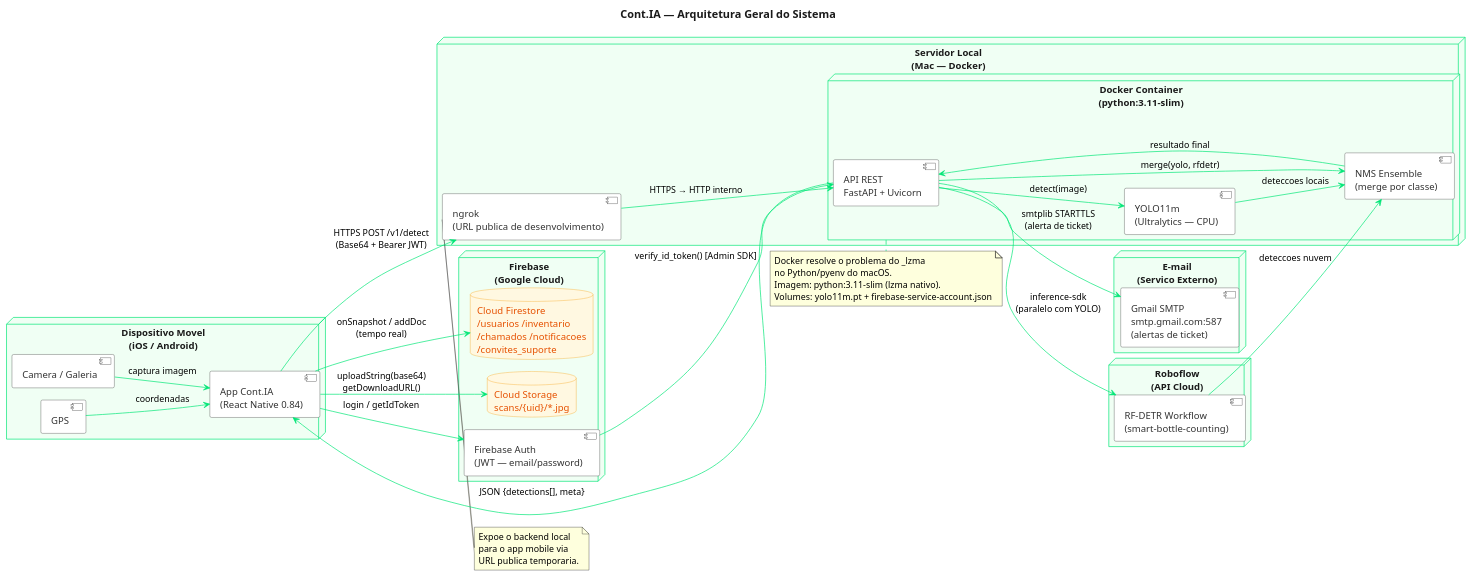
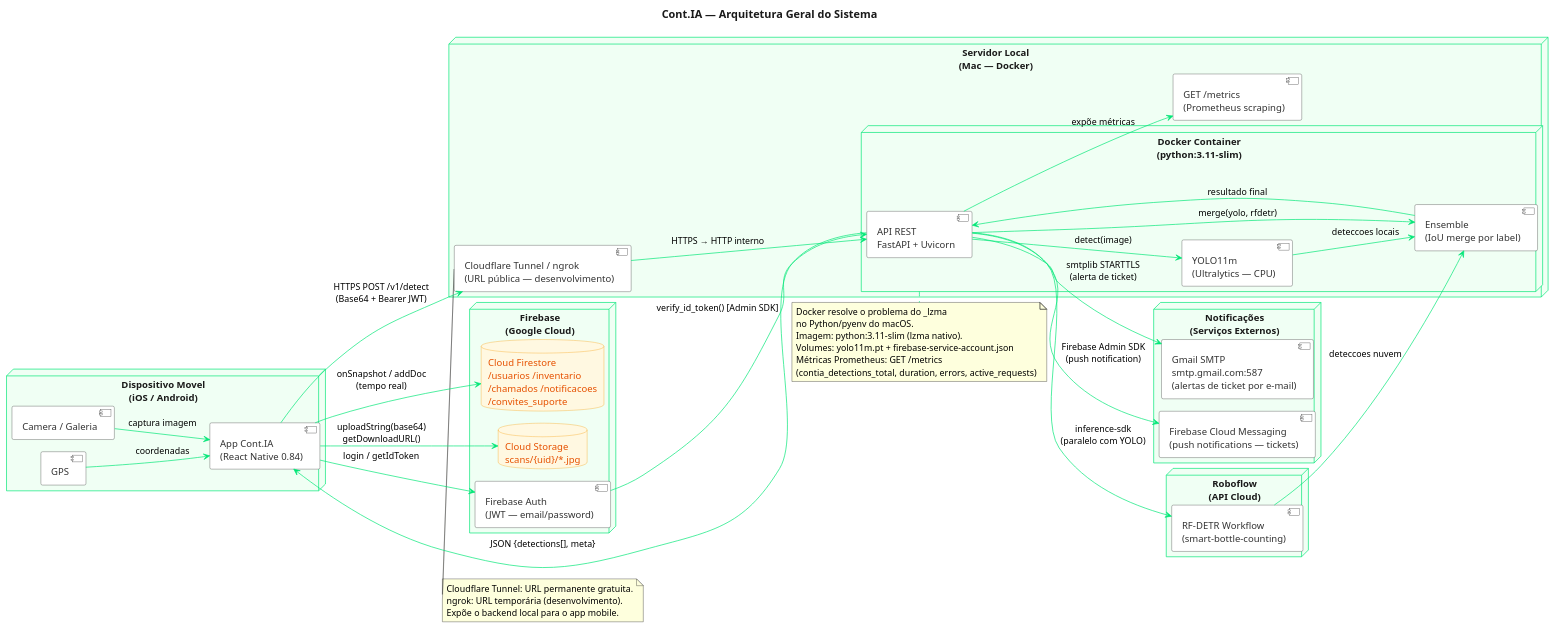
Before and after one commit to JuBertoldo/cont-ia: the diagram in docs/diagramas/07_arquitetura.puml, drawn with PlantUML. The commit also changed 6 other files, not shown here.

First line of the commit message:
docs(diagramas): atualizar 7 diagramas para refletir estado real do código

```diff
--- a/docs/diagramas/07_arquitetura.puml
+++ b/docs/diagramas/07_arquitetura.puml
@@ -1,100 +1,106 @@
 @startuml 07_arquitetura
 !pragma layout smetana
 title Cont.IA — Arquitetura Geral do Sistema
 
 skinparam backgroundColor #FFFFFF
 skinparam nodeBackgroundColor #F0FFF4
 skinparam nodeBorderColor #00E676
 skinparam nodeFontColor #1A1A1A
 skinparam componentBackgroundColor #FFFFFF
 skinparam componentBorderColor #333333
 skinparam componentFontColor #333333
 skinparam arrowColor #00E676
 skinparam titleFontColor #1A1A1A
 skinparam titleFontSize 16
 skinparam databaseBackgroundColor #FFF8E1
 skinparam databaseBorderColor #F59E0B
 skinparam databaseFontColor #E65100
 
 left to right direction
 
 ' ── App Mobile ───────────────────────────────────────────────────────────────
 
 node "Dispositivo Movel\n(iOS / Android)" as MOBILE {
     component "App Cont.IA\n(React Native 0.84)" as APP
     component "Camera / Galeria" as CAM
     component "GPS" as GPS
     CAM --> APP : captura imagem
     GPS --> APP : coordenadas
 }
 
 ' ── Infraestrutura do Backend ────────────────────────────────────────────────
 
 node "Servidor Local\n(Mac — Docker)" as SERVER {
 
     node "Docker Container\n(python:3.11-slim)" as DOCKER {
         component "API REST\nFastAPI + Uvicorn" as API
         component "YOLO11m\n(Ultralytics — CPU)" as YOLO
-        component "NMS Ensemble\n(merge por classe)" as NMS
+        component "Ensemble\n(IoU merge por label)" as NMS
 
         API --> YOLO : detect(image)
         API --> NMS : merge(yolo, rfdetr)
         YOLO --> NMS : deteccoes locais
     }
 
-    component "ngrok\n(URL publica de desenvolvimento)" as TUNNEL
+    component "Cloudflare Tunnel / ngrok\n(URL pública — desenvolvimento)" as TUNNEL
+    component "GET /metrics\n(Prometheus scraping)" as METRICS
     TUNNEL --> API : HTTPS → HTTP interno
+    API --> METRICS : expõe métricas
 }
 
 ' ── Servicos de Notificacao (externos, acionados pelo backend) ───────────────
 
-node "E-mail\n(Servico Externo)" as NOTIF {
-    component "Gmail SMTP\nsmtp.gmail.com:587\n(alertas de ticket)" as GMAIL
+node "Notificações\n(Serviços Externos)" as NOTIF {
+    component "Gmail SMTP\nsmtp.gmail.com:587\n(alertas de ticket por e-mail)" as GMAIL
+    component "Firebase Cloud Messaging\n(push notifications — tickets)" as FCM_PUSH
 }
 
 ' ── Roboflow (API externa) ───────────────────────────────────────────────────
 
 node "Roboflow\n(API Cloud)" as ROBOFLOW {
     component "RF-DETR Workflow\n(smart-bottle-counting)" as RFDETR
 }
 
 ' ── Firebase (Google Cloud) ──────────────────────────────────────────────────
 
 node "Firebase\n(Google Cloud)" as FIREBASE {
     database "Cloud Firestore\n/usuarios /inventario\n/chamados /notificacoes\n/convites_suporte" as FS
     database "Cloud Storage\nscans/{uid}/*.jpg" as STORAGE
     component "Firebase Auth\n(JWT — email/password)" as AUTH
 }
 
 ' ── Conexoes ─────────────────────────────────────────────────────────────────
 
 APP --> TUNNEL : HTTPS POST /v1/detect\n(Base64 + Bearer JWT)
 API --> RFDETR : inference-sdk\n(paralelo com YOLO)
 RFDETR --> NMS : deteccoes nuvem
 NMS --> API : resultado final
 API --> APP : JSON {detections[], meta}
 
 APP --> AUTH : login / getIdToken
 AUTH --> API : verify_id_token() [Admin SDK]
 
 API --> GMAIL : smtplib STARTTLS\n(alerta de ticket)
+API --> FCM_PUSH : Firebase Admin SDK\n(push notification)
 
 APP --> FS : onSnapshot / addDoc\n(tempo real)
 APP --> STORAGE : uploadString(base64)\ngetDownloadURL()
 
 ' ── Nota ─────────────────────────────────────────────────────────────────────
 
 note bottom of DOCKER
   Docker resolve o problema do _lzma
   no Python/pyenv do macOS.
   Imagem: python:3.11-slim (lzma nativo).
   Volumes: yolo11m.pt + firebase-service-account.json
+  Métricas Prometheus: GET /metrics
+  (contia_detections_total, duration, errors, active_requests)
 end note
 
 note bottom of TUNNEL
-  Expoe o backend local
-  para o app mobile via
-  URL publica temporaria.
+  Cloudflare Tunnel: URL permanente gratuita.
+  ngrok: URL temporária (desenvolvimento).
+  Expõe o backend local para o app mobile.
 end note
 
 @enduml
```
